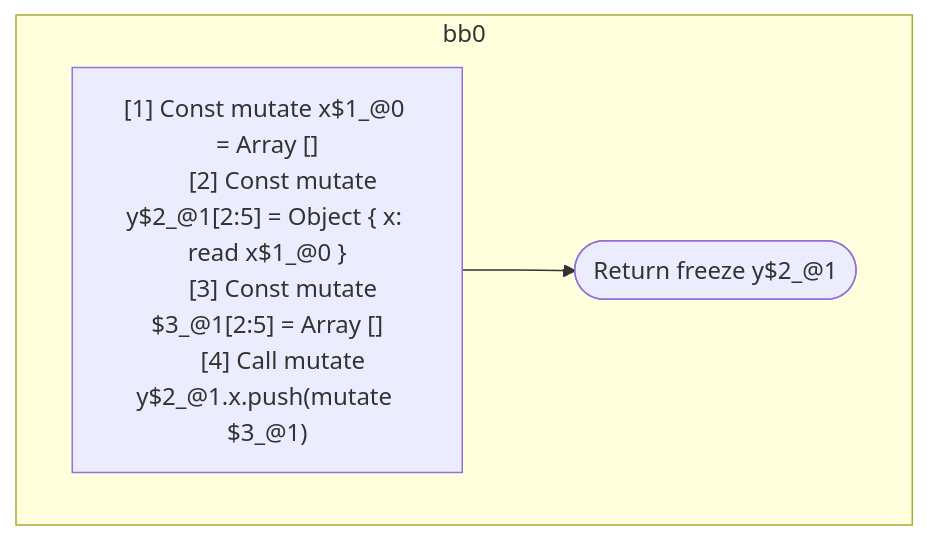
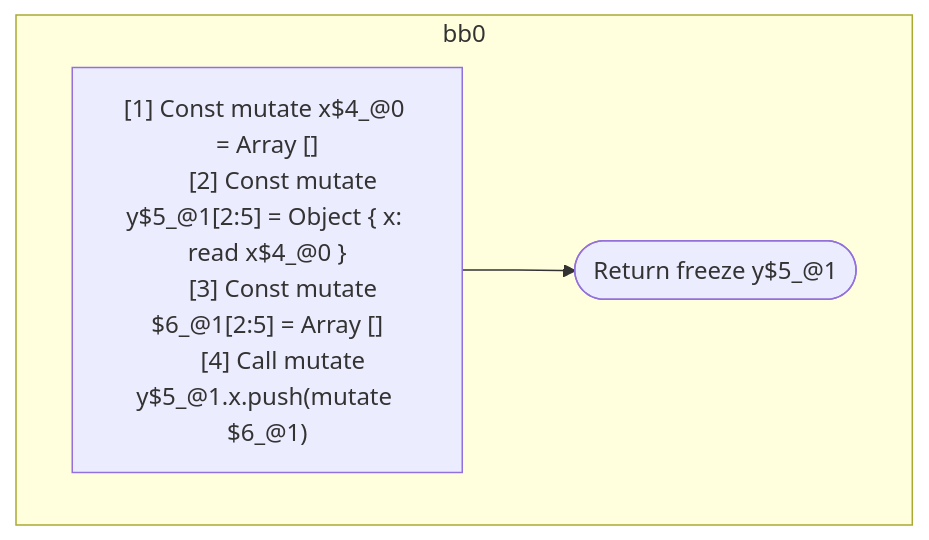
One commit to wutsmog/private changed the diagram in compiler/forget/src/__tests__/fixtures/hir/ssa-property-call.expect.md. Above: the diagram before and after it, drawn with Mermaid. The commit also changed other lines of this file and 59 other files, not shown here.

````diff
--- a/compiler/forget/src/__tests__/fixtures/hir/ssa-property-call.expect.md
+++ b/compiler/forget/src/__tests__/fixtures/hir/ssa-property-call.expect.md
@@ -27,16 +27,16 @@
 ```mermaid
 flowchart TB
   %% Basic Blocks
   subgraph bb0
     bb0_instrs["
-      [1] Const mutate x$1_@0 = Array []
-      [2] Const mutate y$2_@1[2:5] = Object { x: read x$1_@0 }
-      [3] Const mutate $3_@1[2:5] = Array []
-      [4] Call mutate y$2_@1.x.push(mutate $3_@1)
+      [1] Const mutate x$4_@0 = Array []
+      [2] Const mutate y$5_@1[2:5] = Object { x: read x$4_@0 }
+      [3] Const mutate $6_@1[2:5] = Array []
+      [4] Call mutate y$5_@1.x.push(mutate $6_@1)
     "]
-    bb0_instrs --> bb0_terminal(["Return freeze y$2_@1"])
+    bb0_instrs --> bb0_terminal(["Return freeze y$5_@1"])
   end
 
   %% Jumps
   %% empty
 ```
````
